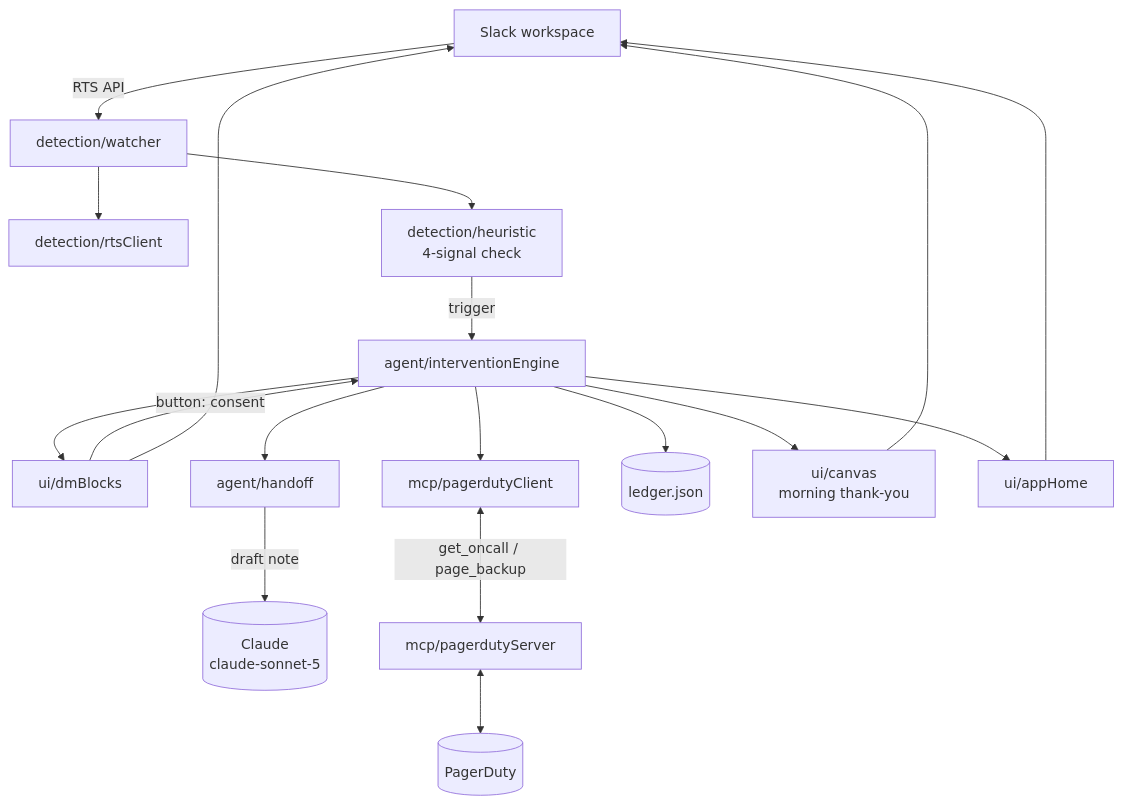
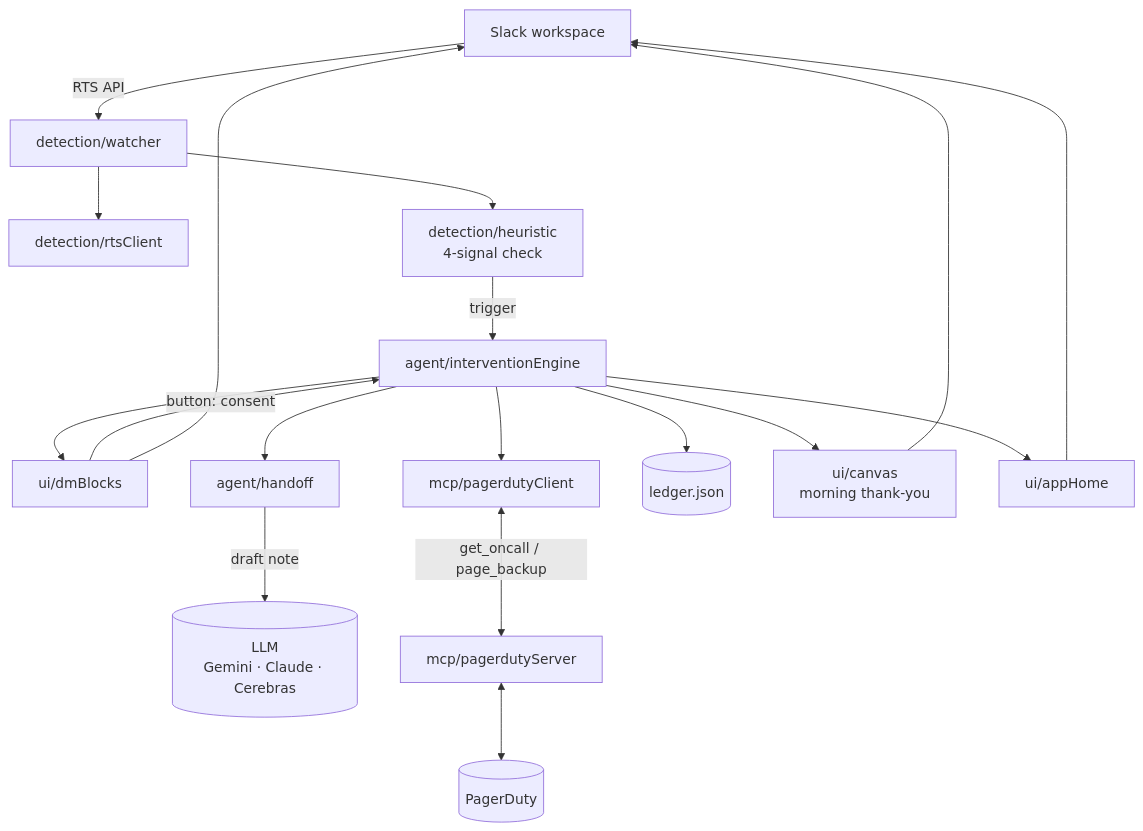
Before and after one commit to wiz-abhi/Quiet-Hours: the diagram in README.md, drawn with Mermaid. The commit also changed other lines of this file and 8 other files, not shown here.

````diff
--- a/README.md
+++ b/README.md
@@ -45,20 +45,20 @@
 ```mermaid
 flowchart TD
     Slack[Slack workspace] -->|RTS API| Watcher[detection/watcher]
     Watcher --> RTS[detection/rtsClient]
     Watcher --> Heuristic[detection/heuristic<br/>4-signal check]
     Heuristic -->|trigger| Engine[agent/interventionEngine]
     Engine --> DM[ui/dmBlocks]
     DM -->|button: consent| Engine
     Engine --> Handoff[agent/handoff]
-    Handoff -->|draft note| Claude[(Claude<br/>claude-sonnet-5)]
+    Handoff -->|draft note| Claude[(LLM<br/>Gemini · Claude · Cerebras)]
     Engine --> PDClient[mcp/pagerdutyClient]
     PDClient <-->|get_oncall / page_backup| PDServer[mcp/pagerdutyServer]
     PDServer <--> PagerDuty[(PagerDuty)]
     Engine --> Ledger[(ledger.json)]
     Engine --> Canvas[ui/canvas<br/>morning thank-you]
     Engine --> Home[ui/appHome]
     Canvas --> Slack
     DM --> Slack
     Home --> Slack
 ```
````
